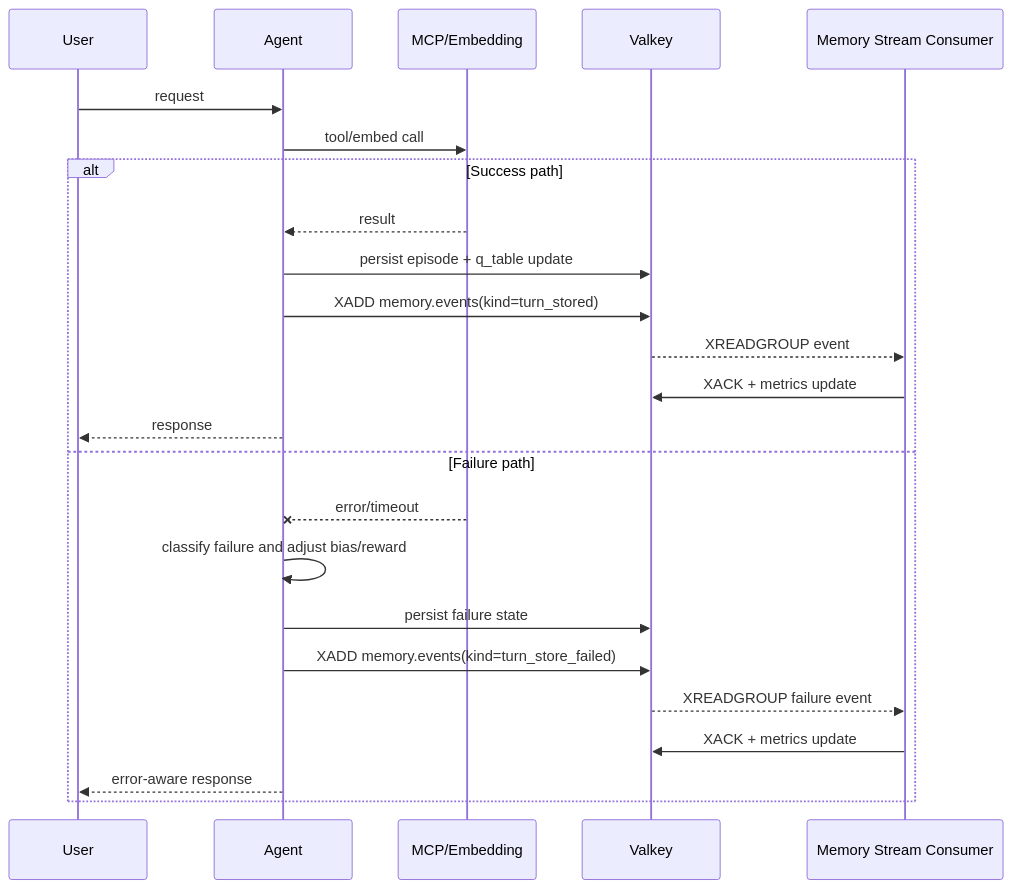
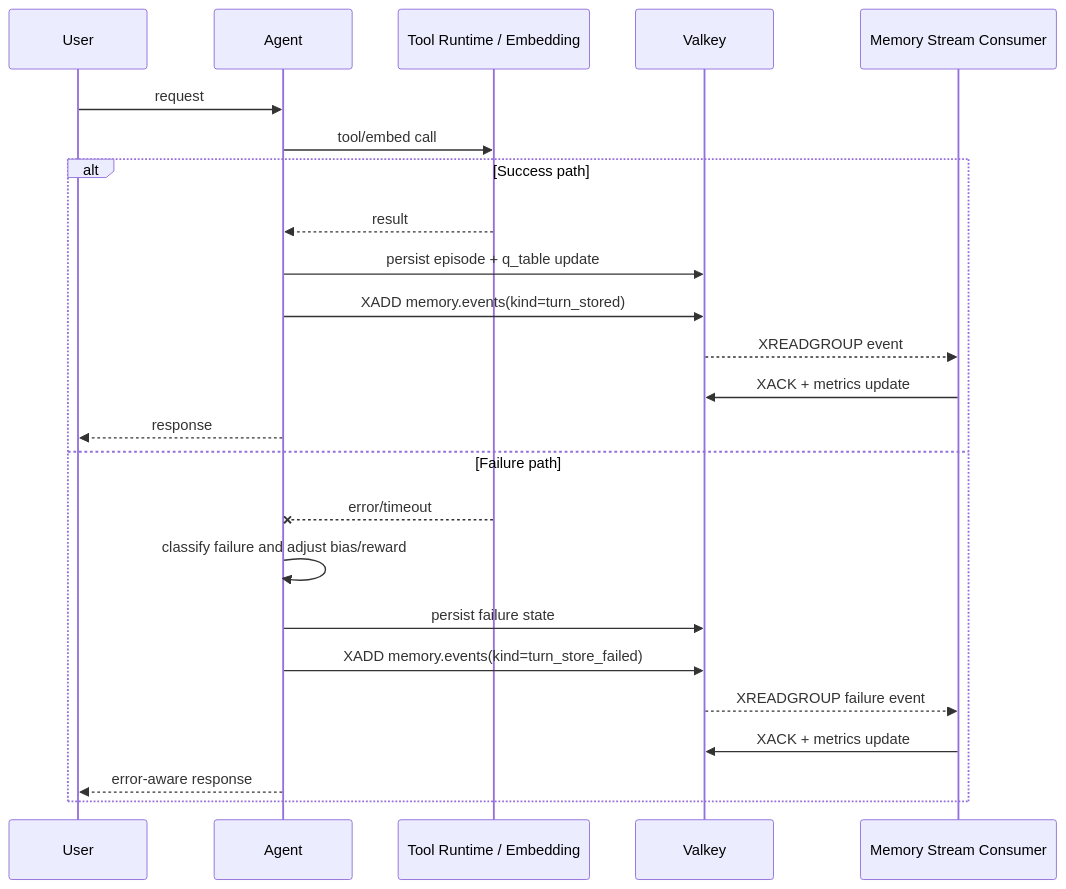
One commit to lucifer1004/xiuxian-artisan-workshop changed the third of 3 diagrams in docs/01_core/memory/memrl-evolution.md. Above: the diagram before and after it, drawn with Mermaid. The commit also changed other lines of this file and 1537 other files, not shown here.

````diff
--- a/docs/01_core/memory/memrl-evolution.md
+++ b/docs/01_core/memory/memrl-evolution.md
@@ -108,27 +108,27 @@
 ```mermaid
 sequenceDiagram
   participant User
   participant Agent
-  participant MCP as MCP/Embedding
+  participant ToolRuntime as Tool Runtime / Embedding
   participant Valkey
   participant Consumer as Memory Stream Consumer
 
   User->>Agent: request
-  Agent->>MCP: tool/embed call
+  Agent->>ToolRuntime: tool/embed call
   alt Success path
-    MCP-->>Agent: result
+    ToolRuntime-->>Agent: result
     Agent->>Valkey: persist episode + q_table update
     Agent->>Valkey: XADD memory.events(kind=turn_stored)
     Valkey-->>Consumer: XREADGROUP event
     Consumer->>Valkey: XACK + metrics update
     Agent-->>User: response
   else Failure path
-    MCP--xAgent: error/timeout
+    ToolRuntime--xAgent: error/timeout
     Agent->>Agent: classify failure and adjust bias/reward
     Agent->>Valkey: persist failure state
     Agent->>Valkey: XADD memory.events(kind=turn_store_failed)
     Valkey-->>Consumer: XREADGROUP failure event
     Consumer->>Valkey: XACK + metrics update
     Agent-->>User: error-aware response
   end
 ```
````
